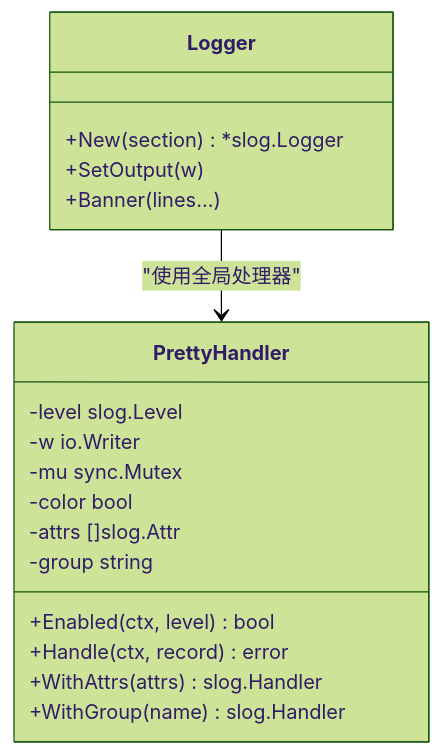
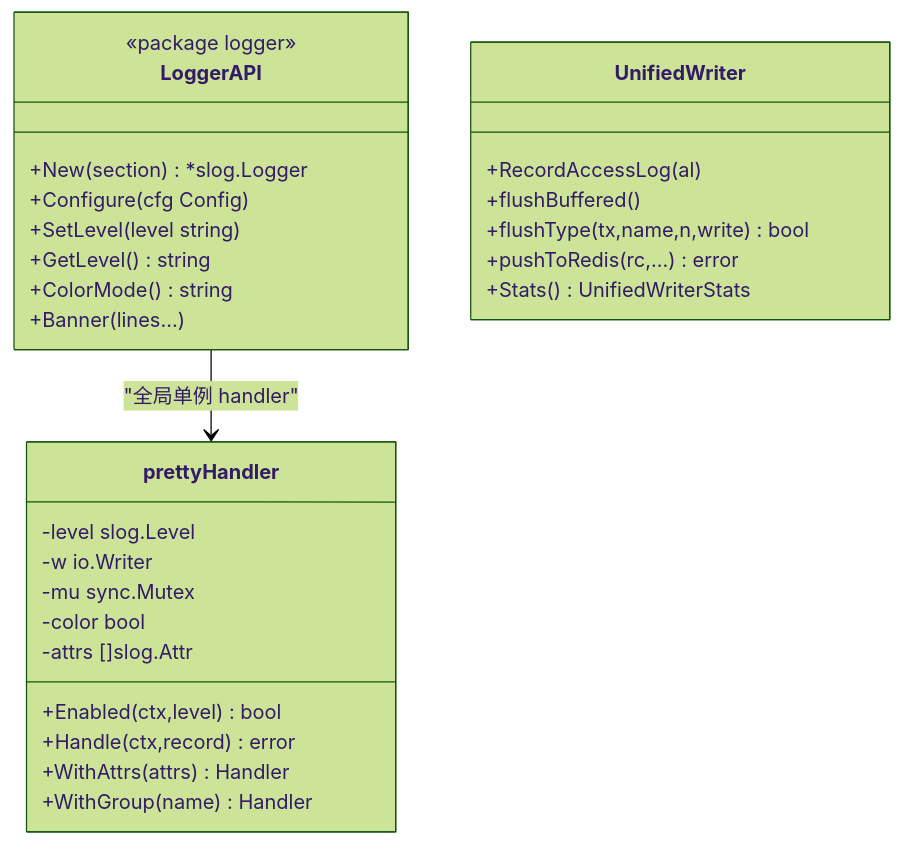
Before and after one commit to x01n/My-OpenWaf: the second of 4 diagrams in docs/监控与可观测性/日志管理系统.md, drawn with Mermaid (forest theme). The commit also changed other lines of this file and 622 other files, not shown here.

````diff
--- a/docs/监控与可观测性/日志管理系统.md
+++ b/docs/监控与可观测性/日志管理系统.md
@@ -135,21 +104,31 @@
 ```mermaid
 classDiagram
-class Logger {
-+New(section) *slog.Logger
-+SetOutput(w)
-+Banner(lines...)
-}
-class PrettyHandler {
+class prettyHandler {
 -level slog.Level
 -w io.Writer
 -mu sync.Mutex
 -color bool
 -attrs []slog.Attr
--group string
-+Enabled(ctx, level) bool
-+Handle(ctx, record) error
-+WithAttrs(attrs) slog.Handler
-+WithGroup(name) slog.Handler
++Enabled(ctx,level) bool
++Handle(ctx,record) error
++WithAttrs(attrs) Handler
++WithGroup(name) Handler
 }
-Logger --> PrettyHandler : "使用全局处理器"
+class LoggerAPI {
+<<package logger>>
++New(section) *slog.Logger
++Configure(cfg Config)
++SetLevel(level string)
++GetLevel() string
++ColorMode() string
++Banner(lines...)
+}
+class UnifiedWriter {
++RecordAccessLog(al)
++flushBuffered()
++flushType(tx,name,n,write) bool
++pushToRedis(rc,...) error
++Stats() UnifiedWriterStats
+}
+LoggerAPI --> prettyHandler : "全局单例 handler"
 ```
````
